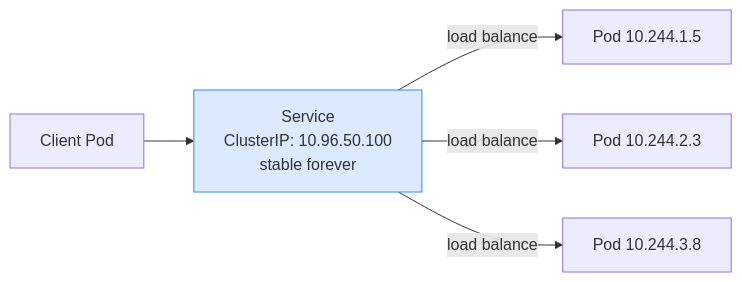
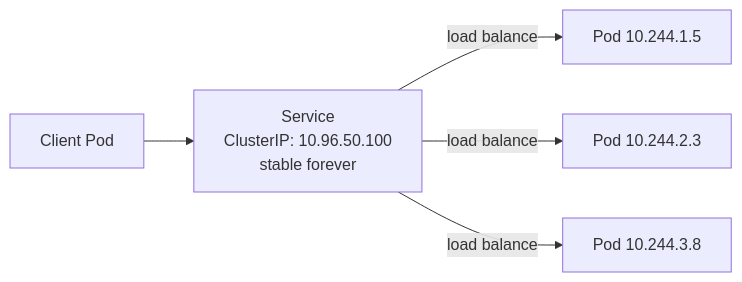
Before and after one commit to Gautam4424/k8slearn-content: the first of 2 diagrams in content/cka/03-core-concepts-pods-services-deployments/34-services-clusterip-nodeport-loadbalancer/34-services-clusterip-nodeport-loadbalancer.md, drawn with Mermaid. The commit also changed other lines of this file and 40 other files, not shown here.

Commit message:
chore: fix mermaid style regex

````diff
--- a/content/cka/03-core-concepts-pods-services-deployments/34-services-clusterip-nodeport-loadbalancer/34-services-clusterip-nodeport-loadbalancer.md
+++ b/content/cka/03-core-concepts-pods-services-deployments/34-services-clusterip-nodeport-loadbalancer/34-services-clusterip-nodeport-loadbalancer.md
@@ -23,11 +23,10 @@
 ```mermaid
 flowchart LR
     CLIENT["Client Pod"]
     SVC["Service\nClusterIP: 10.96.50.100\nstable forever"]
     P1["Pod 10.244.1.5"]
     P2["Pod 10.244.2.3"]
     P3["Pod 10.244.3.8"]
     CLIENT --> SVC
     SVC -->|load balance| P1 & P2 & P3
-    style SVC fill:#dbeafe,stroke:#3b82f6
 ```
````
